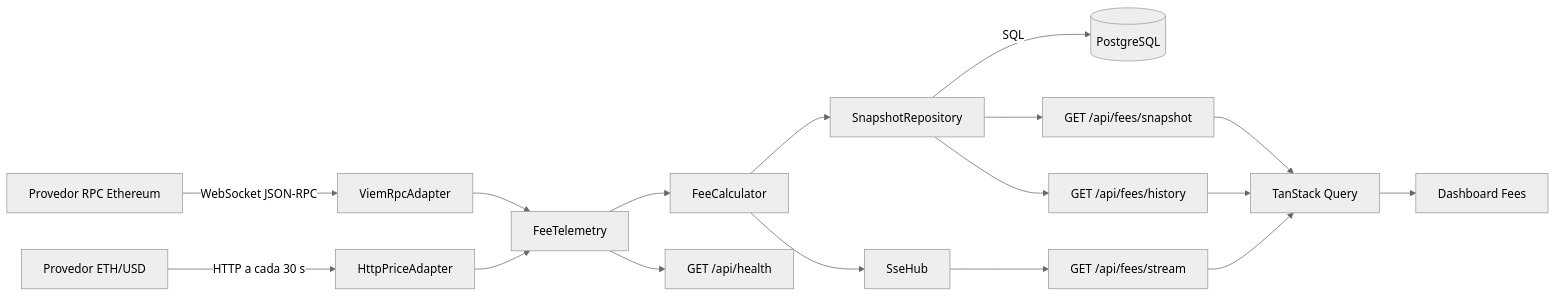
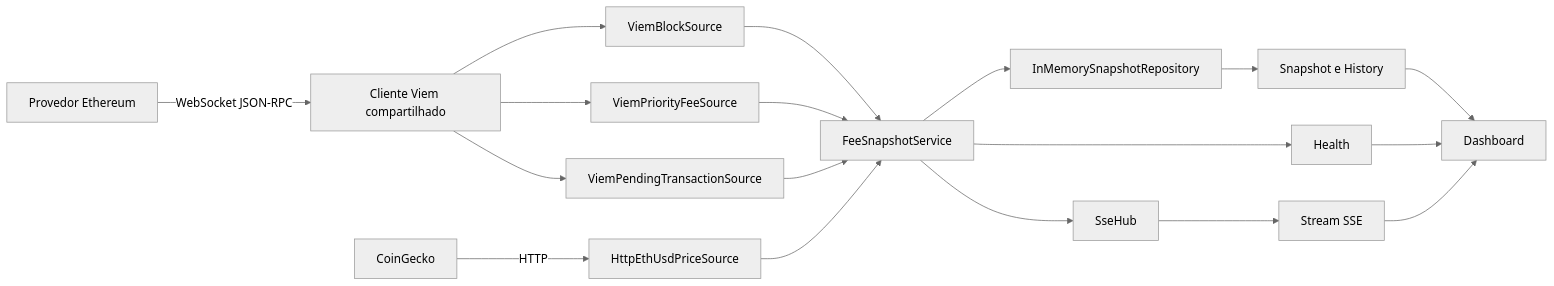
The diagram in docs/arquitetura.md (van-carli/projeto-alphractal-blockas), drawn with Mermaid (neutral theme) before and after one commit. The commit also changed other lines of this file and 3 other files, not shown here.

````diff
--- a/docs/arquitetura.md
+++ b/docs/arquitetura.md
@@ -18,22 +9,20 @@
 ```mermaid
 flowchart LR
-    RPC[Provedor RPC Ethereum] -->|WebSocket JSON-RPC| VIEM[ViemRpcAdapter]
-    PRICE[Provedor ETH/USD] -->|HTTP a cada 30 s| PRICEADAPTER[HttpPriceAdapter]
-
-    VIEM --> TELEMETRY[FeeTelemetry]
-    PRICEADAPTER --> TELEMETRY
-    TELEMETRY --> CALC[FeeCalculator]
-    CALC --> STORE[SnapshotRepository]
-    CALC --> HUB[SseHub]
-    STORE -->|SQL| POSTGRES[(PostgreSQL)]
-
-    STORE --> SNAPSHOT[GET /api/fees/snapshot]
-    STORE --> HISTORY[GET /api/fees/history]
-    TELEMETRY --> HEALTH[GET /api/health]
-    HUB --> STREAM[GET /api/fees/stream]
-
-    SNAPSHOT --> QUERY[TanStack Query]
-    HISTORY --> QUERY
-    STREAM --> QUERY
-    QUERY --> DASHBOARD[Dashboard Fees]
+    RPC[Provedor Ethereum] -->|WebSocket JSON-RPC| VIEM[Cliente Viem compartilhado]
+    PRICE[CoinGecko] -->|HTTP| PRICE_SOURCE[HttpEthUsdPriceSource]
+    VIEM --> BLOCKS[ViemBlockSource]
+    VIEM --> FEES[ViemPriorityFeeSource]
+    VIEM --> PENDING[ViemPendingTransactionSource]
+    BLOCKS --> SERVICE[FeeSnapshotService]
+    FEES --> SERVICE
+    PENDING --> SERVICE
+    PRICE_SOURCE --> SERVICE
+    SERVICE --> STORE[InMemorySnapshotRepository]
+    SERVICE --> HUB[SseHub]
+    STORE --> API[Snapshot e History]
+    SERVICE --> HEALTH[Health]
+    HUB --> STREAM[Stream SSE]
+    API --> FRONTEND[Dashboard]
+    HEALTH --> FRONTEND
+    STREAM --> FRONTEND
 ```
````
